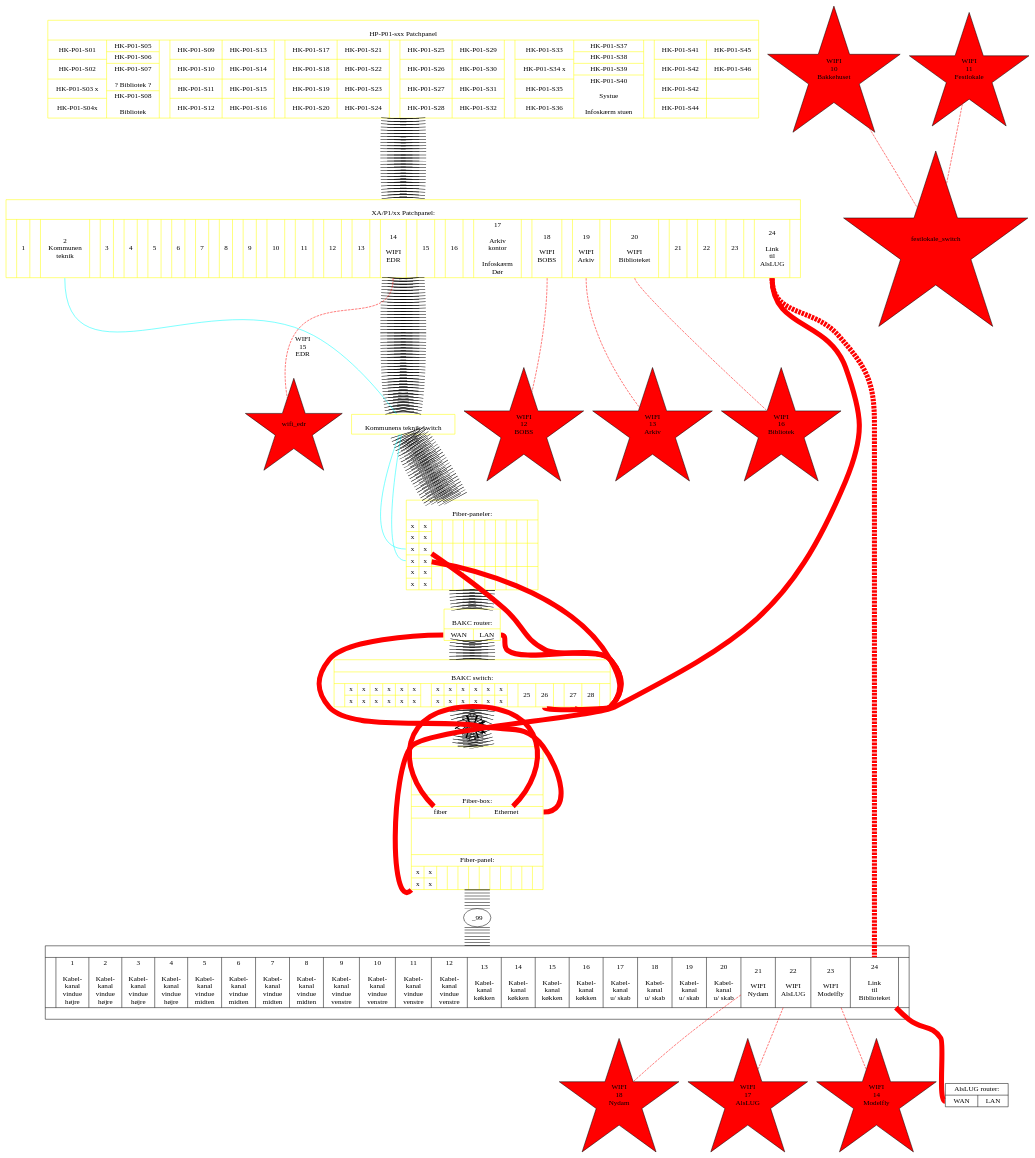
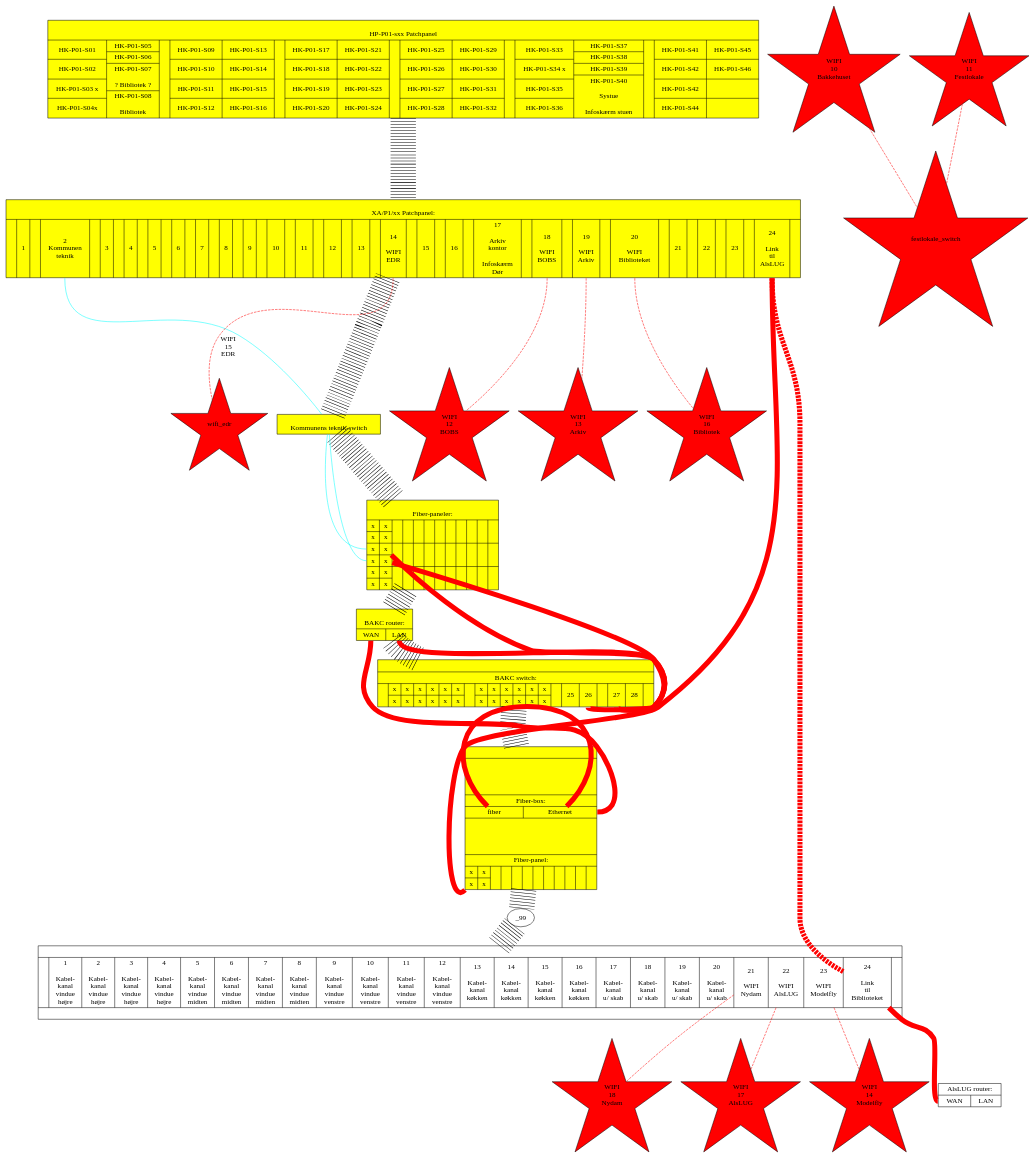
One commit to alslug/alslug.dk changed the diagram in projekter/patch-paneler.dot. Above: the diagram before and after it, drawn with Graphviz.

```diff
--- a/projekter/patch-paneler.dot
+++ b/projekter/patch-paneler.dot
@@ -1,7 +1,7 @@
 digraph xxx {
   edge [ dir=none ];
   {
-    node [ color=yellow ];
+    node [ style=filled fillcolor=yellow ];
     hk_p01 [ shape=record label="{\nHP-P01-sxx Patchpanel|
   					{
 						{
@@ -152,9 +152,6 @@
 				}" ];
     node [ shape=point ];
     hk_p01 -> xa_p1 -> kommunens_teknikswitch -> bib_fiberpaneler_1 -> bakc_router -> bib_switch -> _6 -> bib_skab [ penwidth=50 style=dotted ];
-    hk_p01 -> xa_p1 -> kommunens_teknikswitch -> bib_fiberpaneler_1 -> bakc_router -> bib_switch -> _6 -> bib_skab [ penwidth=50 style=dotted ];
-    hk_p01 -> xa_p1 -> kommunens_teknikswitch -> bib_fiberpaneler_1 -> bakc_router -> bib_switch -> _6 -> bib_skab [ penwidth=50 style=dotted ];
-    hk_p01 -> xa_p1 -> kommunens_teknikswitch -> bib_fiberpaneler_1 -> bakc_router -> bib_switch -> _6 -> bib_skab [ penwidth=50 style=dotted ];
   }
   bib_skab [ shape=record label="{
 					|\n\n\n\n|Fiber-box:|
```
